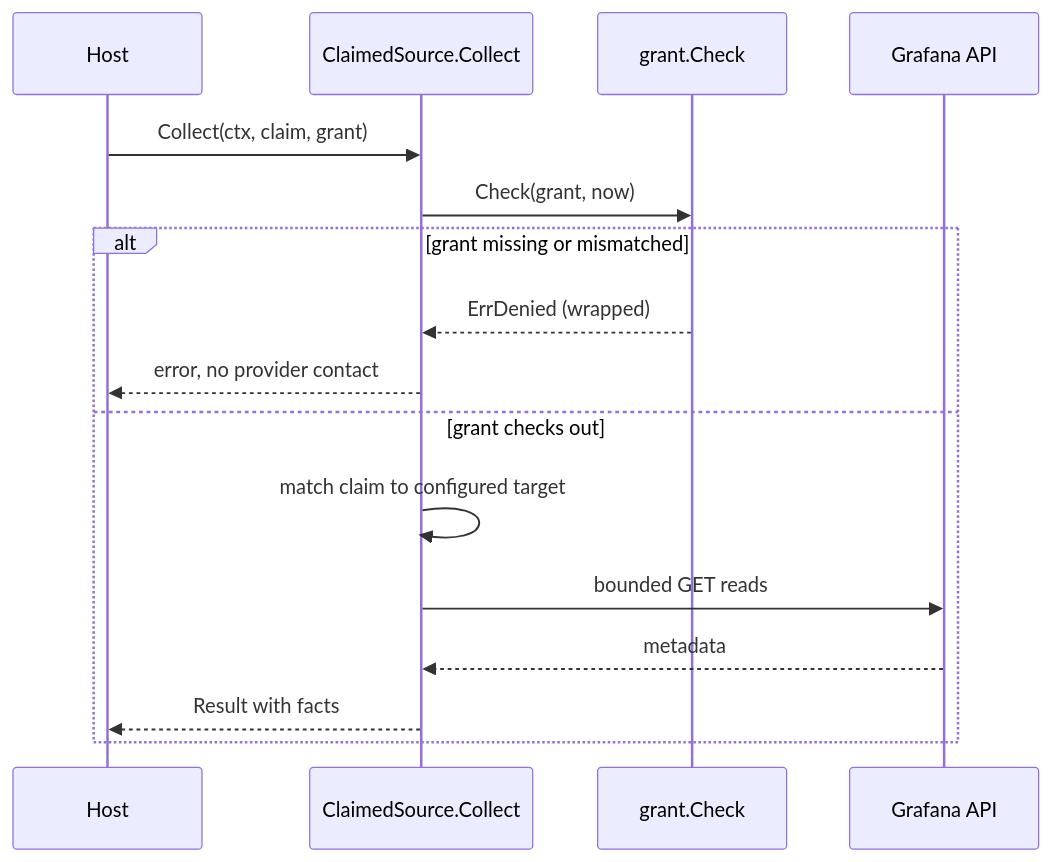
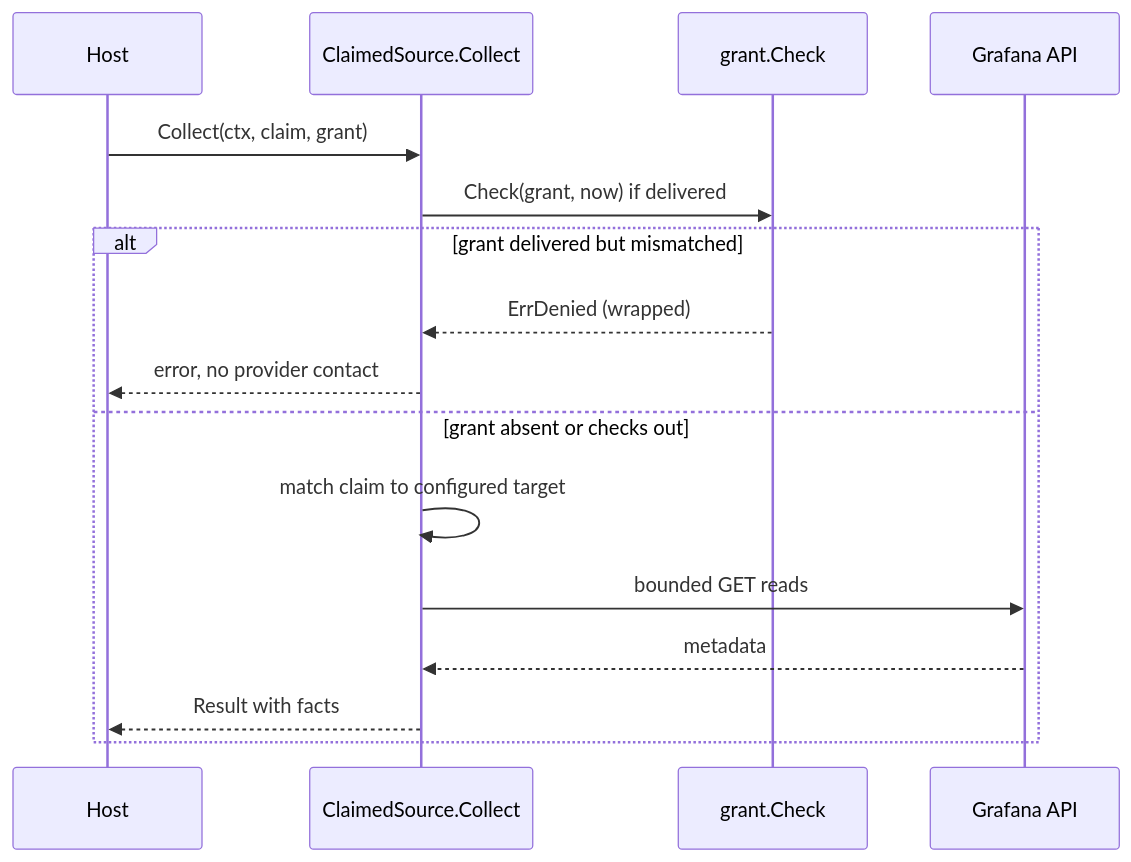
Before and after one commit to eshu-hq/eshu-collector-grafana: the third of 3 diagrams in docs/diagrams/README.md, drawn with Mermaid. The commit also changed other lines of this file and 18 other files, not shown here.

First line of the commit message:
Skip emission Check on absent grant + bump to 0.1.6 (#31)

````diff
--- a/docs/diagrams/README.md
+++ b/docs/diagrams/README.md
@@ -36,18 +36,18 @@
 ```mermaid
 sequenceDiagram
     participant Host
     participant Collect as ClaimedSource.Collect
     participant Grant as grant.Check
     participant Grafana as Grafana API
     Host->>Collect: Collect(ctx, claim, grant)
-    Collect->>Grant: Check(grant, now)
-    alt grant missing or mismatched
+    Collect->>Grant: Check(grant, now) if delivered
+    alt grant delivered but mismatched
         Grant-->>Collect: ErrDenied (wrapped)
         Collect-->>Host: error, no provider contact
-    else grant checks out
+    else grant absent or checks out
         Collect->>Collect: match claim to configured target
         Collect->>Grafana: bounded GET reads
         Grafana-->>Collect: metadata
         Collect-->>Host: Result with facts
     end
 ```
````
